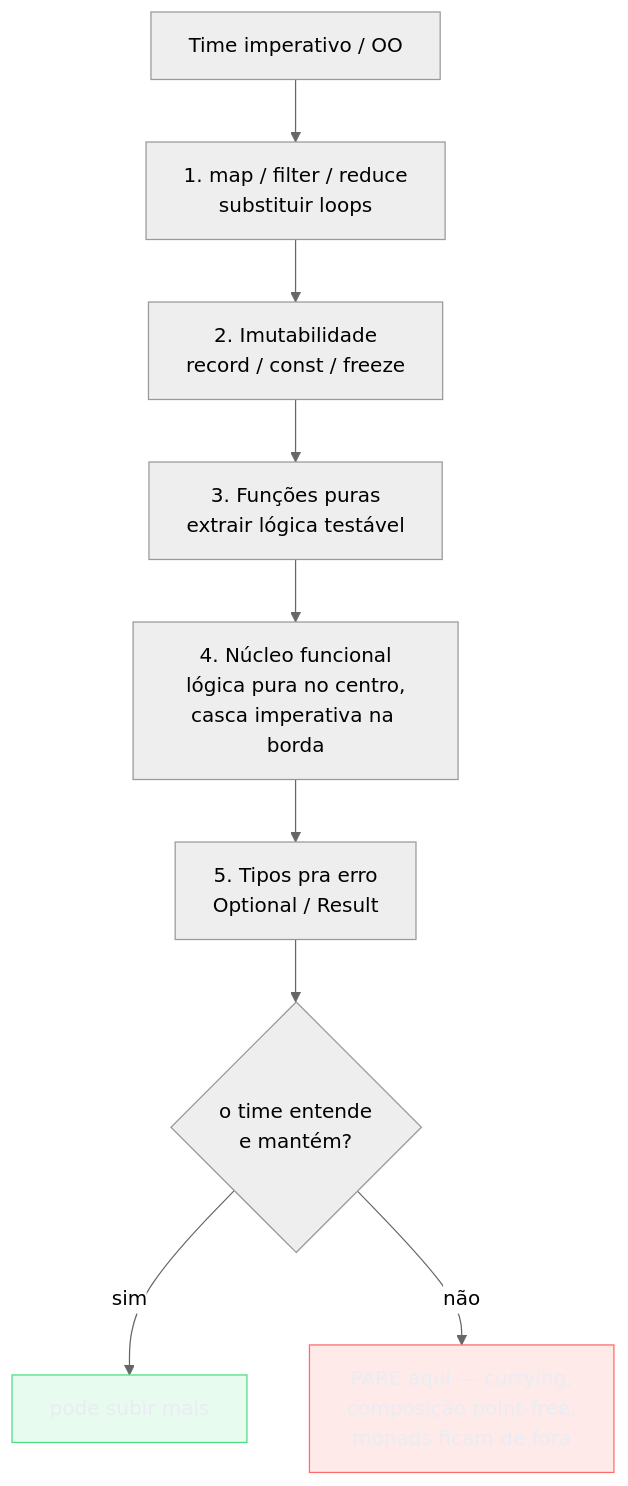
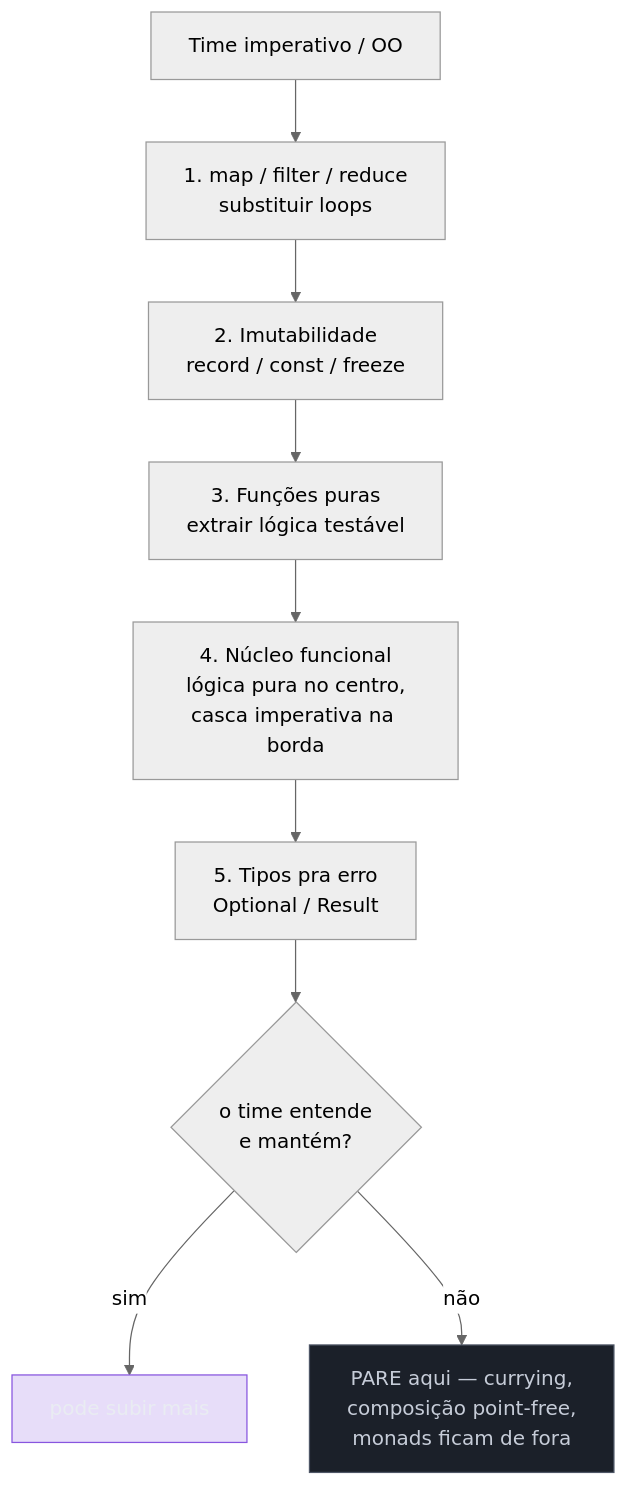
One commit to josenaldo/codex-technomanticus changed the second of 4 diagrams in 03-Dominios/Ciência/Paradigmas/15 - Programação funcional na prática.md. Above: the diagram before and after it, drawn with Mermaid (neutral theme). The commit also changed other lines of this file and 601 other files, not shown here.

````diff
--- a/03-Dominios/Ciência/Paradigmas/15 - Programação funcional na prática.md
+++ b/03-Dominios/Ciência/Paradigmas/15 - Programação funcional na prática.md
@@ -143,15 +143,15 @@
 ```mermaid
 flowchart TD
-    classDef falha fill:#FF6B6B24,stroke:#FF6B6B,color:#E9ECF2
-    classDef ok fill:#4ADE8021,stroke:#4ADE80,color:#E9ECF2
+    classDef marca fill:#8855DF33,stroke:#8855DF,color:#E9ECF2
+    classDef neutro fill:#1B2029,stroke:#4E5666,color:#C6CCD8
     A["Time imperativo / OO"] --> B["1. map / filter / reduce<br/>substituir loops"]
     B --> C["2. Imutabilidade<br/>record / const / freeze"]
     C --> D["3. Funções puras<br/>extrair lógica testável"]
     D --> E["4. Núcleo funcional<br/>lógica pura no centro,<br/>casca imperativa na borda"]
     E --> F["5. Tipos pra erro<br/>Optional / Result"]
     F --> G{"o time entende<br/>e mantém?"}
     G -->|sim| H["pode subir mais"]
     G -->|não| I["PARE aqui — currying,<br/>composição point-free,<br/>monads ficam de fora"]
-    class I falha
-    class H ok
+    class I neutro
+    class H marca
 ```
````
